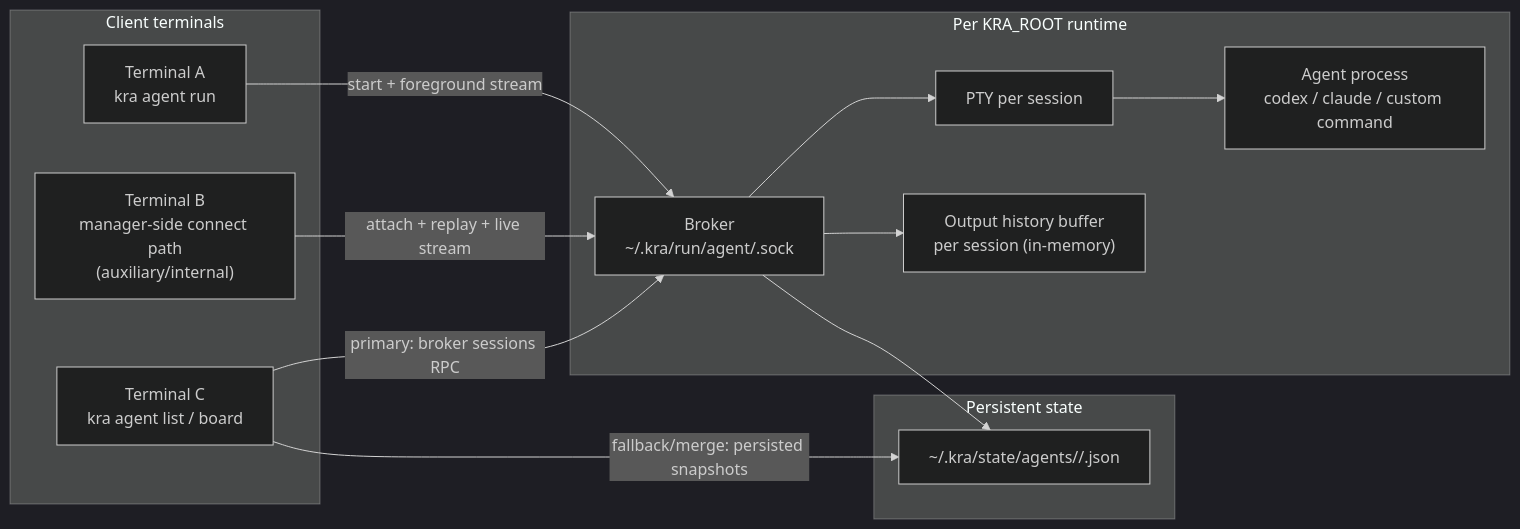
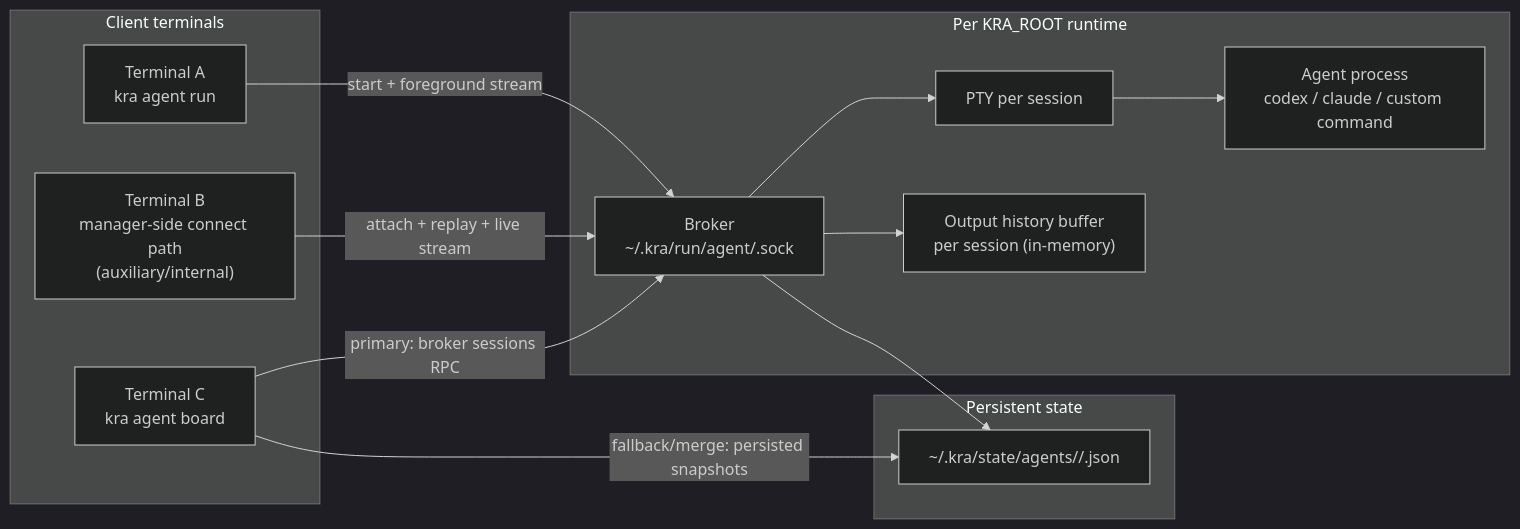
Before and after one commit to tasuku43/kra: the first of 3 diagrams in docs/spec/concepts/agent-runtime.md, drawn with Mermaid (dark theme). The commit also changed 6 other files, not shown here.

Commit message:
agent: remove list command and unify board as single activity view

````diff
--- a/docs/spec/concepts/agent-runtime.md
+++ b/docs/spec/concepts/agent-runtime.md
@@ -38,27 +38,27 @@
 ```mermaid
 flowchart LR
   subgraph Client["Client terminals"]
     C1["Terminal A<br>kra agent run"]
     C2["Terminal B<br>manager-side connect path<br>(auxiliary/internal)"]
-    C3["Terminal C<br>kra agent list / board"]
+    C3["Terminal C<br>kra agent board"]
   end
 
   subgraph Runtime["Per KRA_ROOT runtime"]
     B["Broker<br>~/.kra/run/agent/<root-hash>.sock"]
     P["PTY per session"]
     H["Output history buffer<br>per session (in-memory)"]
     A["Agent process<br>codex / claude / custom command"]
   end
 
   subgraph State["Persistent state"]
     S["~/.kra/state/agents/<root-hash>/<session-id>.json"]
   end
 
   C1 -->|start + foreground stream| B
   C2 -->|attach + replay + live stream| B
   C3 -->|primary: broker sessions RPC| B
   C3 -->|fallback/merge: persisted snapshots| S
   B --> P --> A
   B --> H
   B --> S
 ```
````
